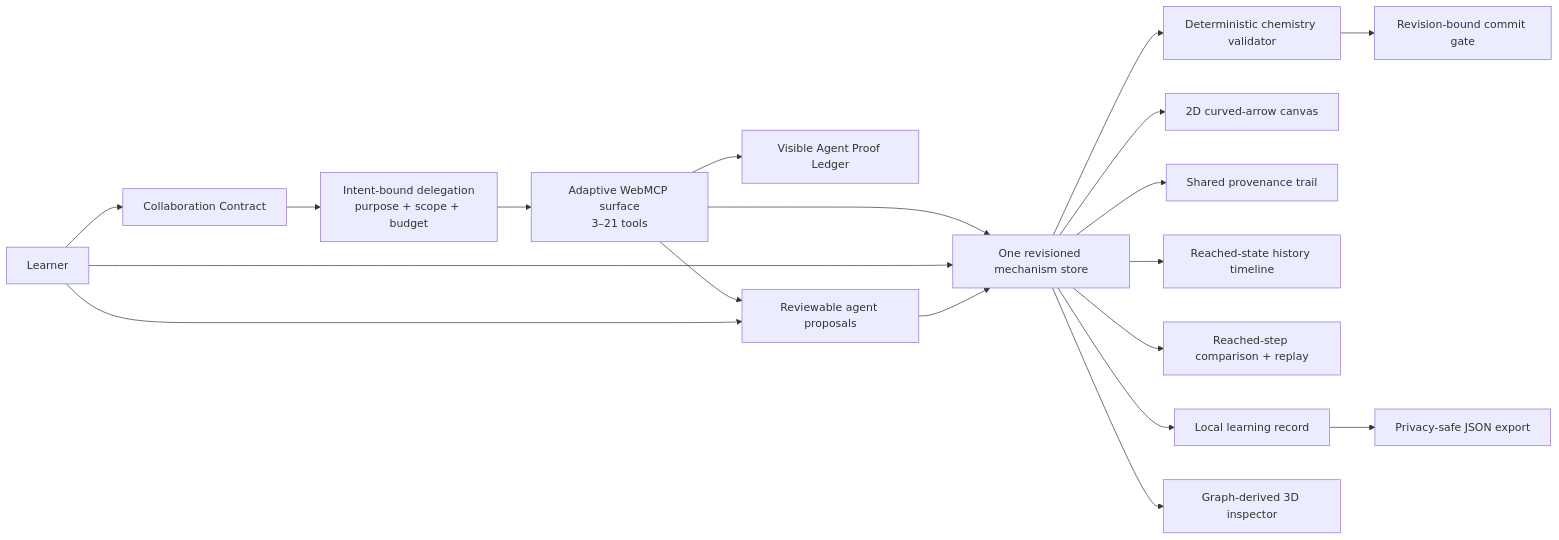
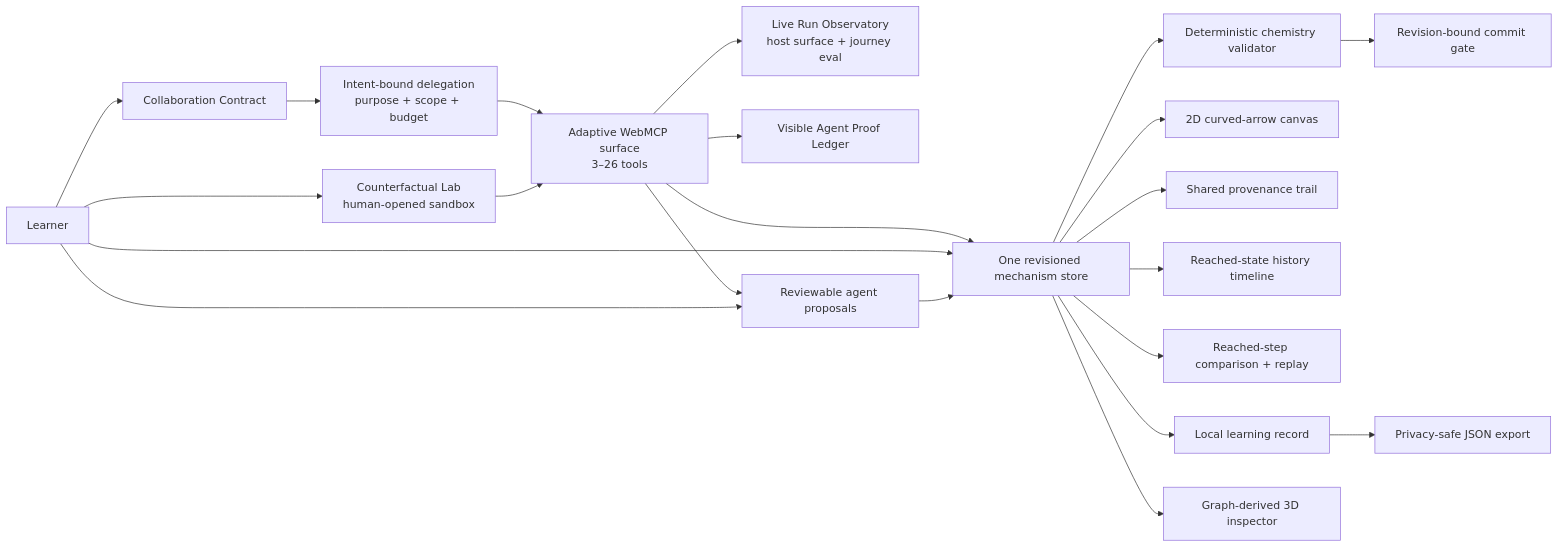
The diagram in README.md (mihirduvedi/mechanism-canvas), drawn with Mermaid before and after one commit. The commit also changed other lines of this file and 37 other files, not shown here.

Commit message:
feat: add counterfactual WebMCP lab and live run observatory

````diff
--- a/README.md
+++ b/README.md
@@ -37,21 +39,24 @@
 ```mermaid
 flowchart LR
   H["Learner"] --> C["Collaboration Contract"]
   C --> I["Intent-bound delegation<br/>purpose + scope + budget"]
-  I --> A["Adaptive WebMCP surface<br/>3–21 tools"]
+  I --> A["Adaptive WebMCP surface<br/>3–26 tools"]
+  H --> X["Counterfactual Lab<br/>human-opened sandbox"]
+  X --> A
+  A --> O["Live Run Observatory<br/>host surface + journey eval"]
   A --> S["One revisioned mechanism store"]
   A --> Q["Visible Agent Proof Ledger"]
   H --> S
   A --> P["Reviewable agent proposals"]
   H --> P
   P --> S
   S --> V["Deterministic chemistry validator"]
   S --> MC["2D curved-arrow canvas"]
   S --> T["Shared provenance trail"]
   S --> R["Reached-state history timeline"]
   S --> D["Reached-step comparison + replay"]
   S --> L["Local learning record"]
   L --> E["Privacy-safe JSON export"]
   S --> M["Graph-derived 3D inspector"]
   V --> G["Revision-bound commit gate"]
 ```
````
